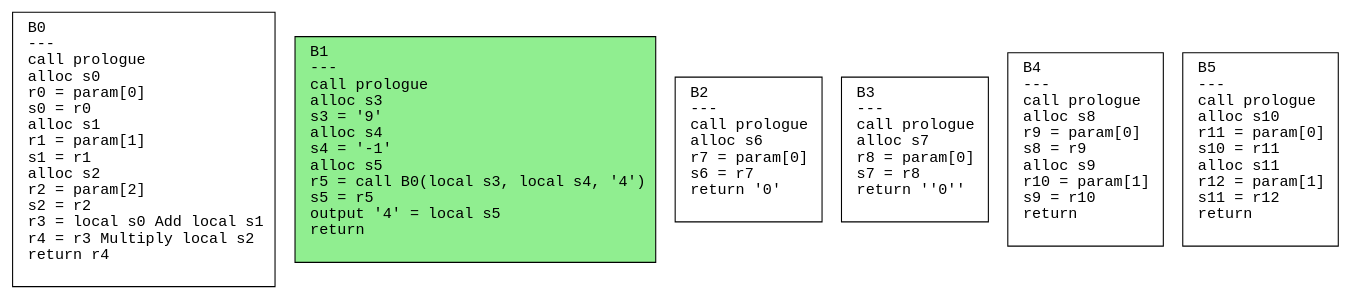
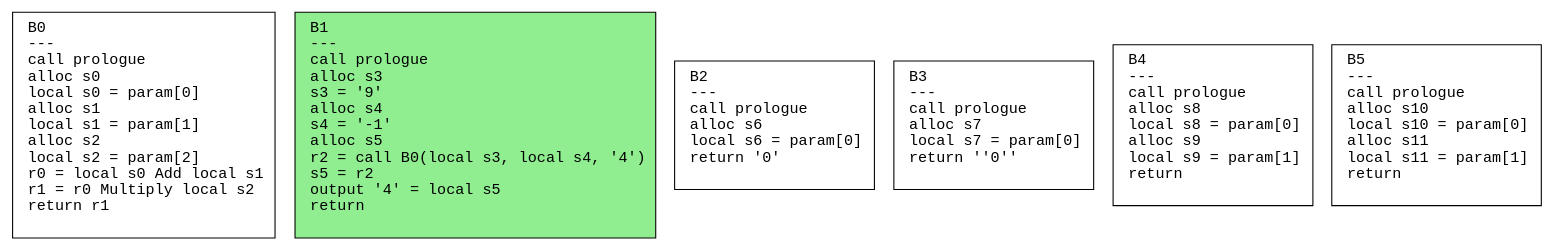
One commit to safarislava/ProcTranslator changed the diagram in schemes/params.dot. Above: the diagram before and after it, drawn with Graphviz. The commit also changed 20 other files, not shown here.

```diff
--- a/schemes/params.dot
+++ b/schemes/params.dot
@@ -1,13 +1,13 @@
 digraph CFG {
   rankdir=TB;
   node [shape=box, fontname="Courier", style=filled, fillcolor=white, margin="0.2,0.1"];
   edge [fontname="Courier"];
 
-  "B0" [label="B0\l---\lcall prologue\lalloc s0\lr0 = param[0]\ls0 = r0\lalloc s1\lr1 = param[1]\ls1 = r1\lalloc s2\lr2 = param[2]\ls2 = r2\lr3 = local s0 Add local s1\lr4 = r3 Multiply local s2\lreturn r4\l "];
-  "B1" [label="B1\l---\lcall prologue\lalloc s3\ls3 = '9'\lalloc s4\ls4 = '-1'\lalloc s5\lr5 = call B0(local s3, local s4, '4')\ls5 = r5\loutput '4' = local s5\lreturn\l "];
-  "B2" [label="B2\l---\lcall prologue\lalloc s6\lr7 = param[0]\ls6 = r7\lreturn '0'\l "];
-  "B3" [label="B3\l---\lcall prologue\lalloc s7\lr8 = param[0]\ls7 = r8\lreturn ''0''\l "];
-  "B4" [label="B4\l---\lcall prologue\lalloc s8\lr9 = param[0]\ls8 = r9\lalloc s9\lr10 = param[1]\ls9 = r10\lreturn\l "];
-  "B5" [label="B5\l---\lcall prologue\lalloc s10\lr11 = param[0]\ls10 = r11\lalloc s11\lr12 = param[1]\ls11 = r12\lreturn\l "];
+  "B0" [label="B0\l---\lcall prologue\lalloc s0\llocal s0 = param[0]\lalloc s1\llocal s1 = param[1]\lalloc s2\llocal s2 = param[2]\lr0 = local s0 Add local s1\lr1 = r0 Multiply local s2\lreturn r1\l "];
+  "B1" [label="B1\l---\lcall prologue\lalloc s3\ls3 = '9'\lalloc s4\ls4 = '-1'\lalloc s5\lr2 = call B0(local s3, local s4, '4')\ls5 = r2\loutput '4' = local s5\lreturn\l "];
+  "B2" [label="B2\l---\lcall prologue\lalloc s6\llocal s6 = param[0]\lreturn '0'\l "];
+  "B3" [label="B3\l---\lcall prologue\lalloc s7\llocal s7 = param[0]\lreturn ''0''\l "];
+  "B4" [label="B4\l---\lcall prologue\lalloc s8\llocal s8 = param[0]\lalloc s9\llocal s9 = param[1]\lreturn\l "];
+  "B5" [label="B5\l---\lcall prologue\lalloc s10\llocal s10 = param[0]\lalloc s11\llocal s11 = param[1]\lreturn\l "];
   "B1" [fillcolor=lightgreen];
 }
```
